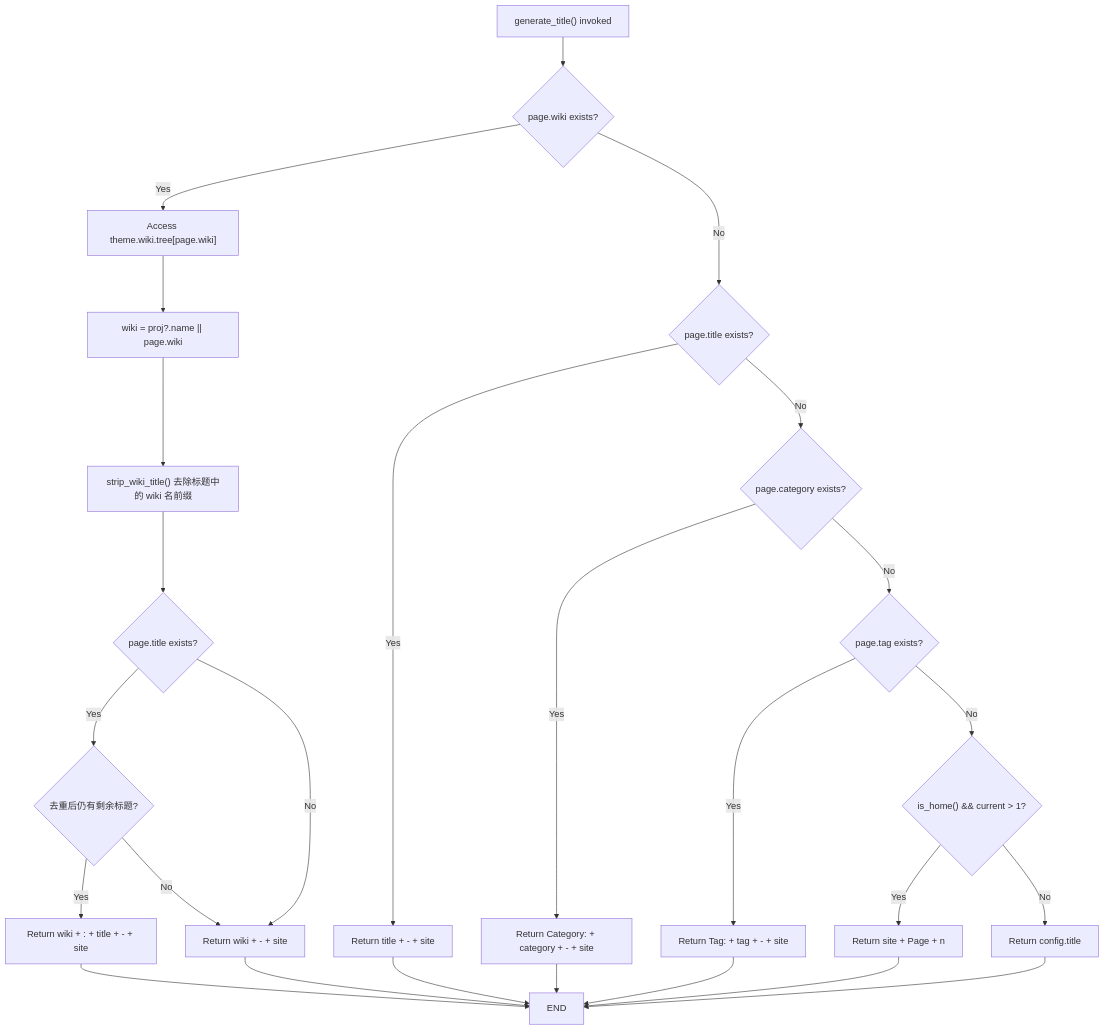
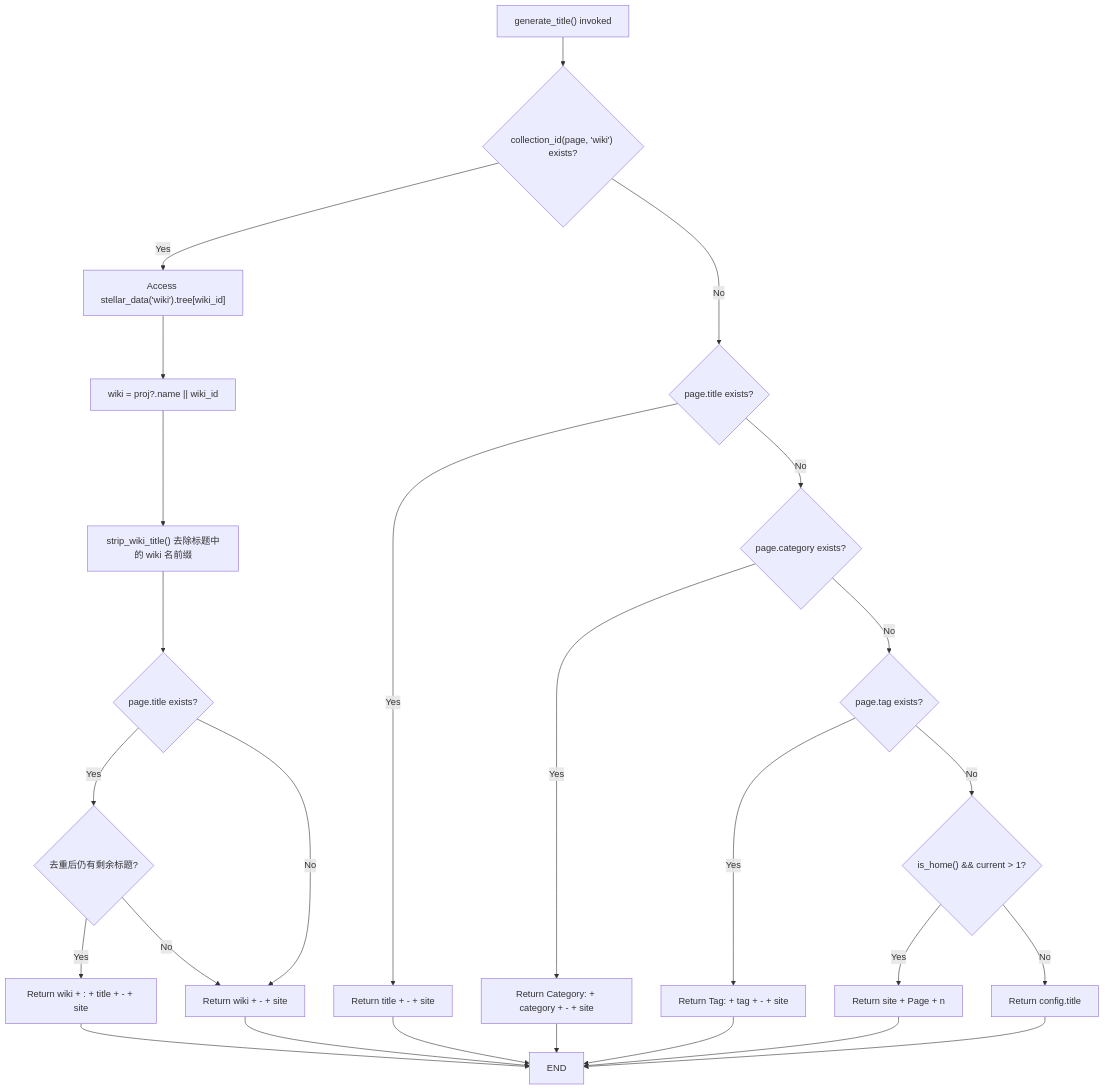
Before and after one commit to xaoxuu/hexo-theme-stellar: the second of 8 diagrams in docs/knowledge/02-布局系统/head-seo.md, drawn with Mermaid. The commit also changed other lines of this file and 101 other files, not shown here.

````diff
--- a/docs/knowledge/02-布局系统/head-seo.md
+++ b/docs/knowledge/02-布局系统/head-seo.md
@@ -128,31 +128,31 @@
 ```mermaid
 flowchart TD
-    START["generate_title() invoked"] --> ISWIKI{"page.wiki exists?"}
+    START["generate_title() invoked"] --> ISWIKI{"collection_id(page, 'wiki') exists?"}
     
-    ISWIKI -->|Yes| GETPROJ["Access theme.wiki.tree[page.wiki]"]
-    GETPROJ --> GETNAME["wiki = proj?.name || page.wiki"]
+    ISWIKI -->|Yes| GETPROJ["Access stellar_data('wiki').tree[wiki_id]"]
+    GETPROJ --> GETNAME["wiki = proj?.name || wiki_id"]
     GETNAME --> STRIP["strip_wiki_title() 去除标题中的 wiki 名前缀"]
     STRIP --> HASTITLE{"page.title exists?"}
     HASTITLE -->|Yes| WIKITITL{"去重后仍有剩余标题?"}
     WIKITITL -->|Yes| WIKIFULL["Return wiki + : + title + - + site"]
     WIKITITL -->|No| WIKIHOME["Return wiki + - + site"]
     HASTITLE -->|No| WIKIHOME["Return wiki + - + site"]
     
     ISWIKI -->|No| PAGECHECK{"page.title exists?"}
     PAGECHECK -->|Yes| PAGETITLE["Return title + - + site"]
     PAGECHECK -->|No| CATCHECK{"page.category exists?"}
     CATCHECK -->|Yes| CATTITLE["Return Category: + category + - + site"]
     CATCHECK -->|No| TAGCHECK{"page.tag exists?"}
     TAGCHECK -->|Yes| TAGTITLE["Return Tag: + tag + - + site"]
     TAGCHECK -->|No| PAGECHECK2{"is_home() && current > 1?"}
     PAGECHECK2 -->|Yes| PAGETITLE2["Return site + Page + n"]
     PAGECHECK2 -->|No| DEFAULTTITLE["Return config.title"]
     
     WIKIFULL --> END
     WIKIHOME --> END
     PAGETITLE --> END
     PAGETITLE2 --> END
     CATTITLE --> END
     TAGTITLE --> END
     DEFAULTTITLE --> END
 ```
````
